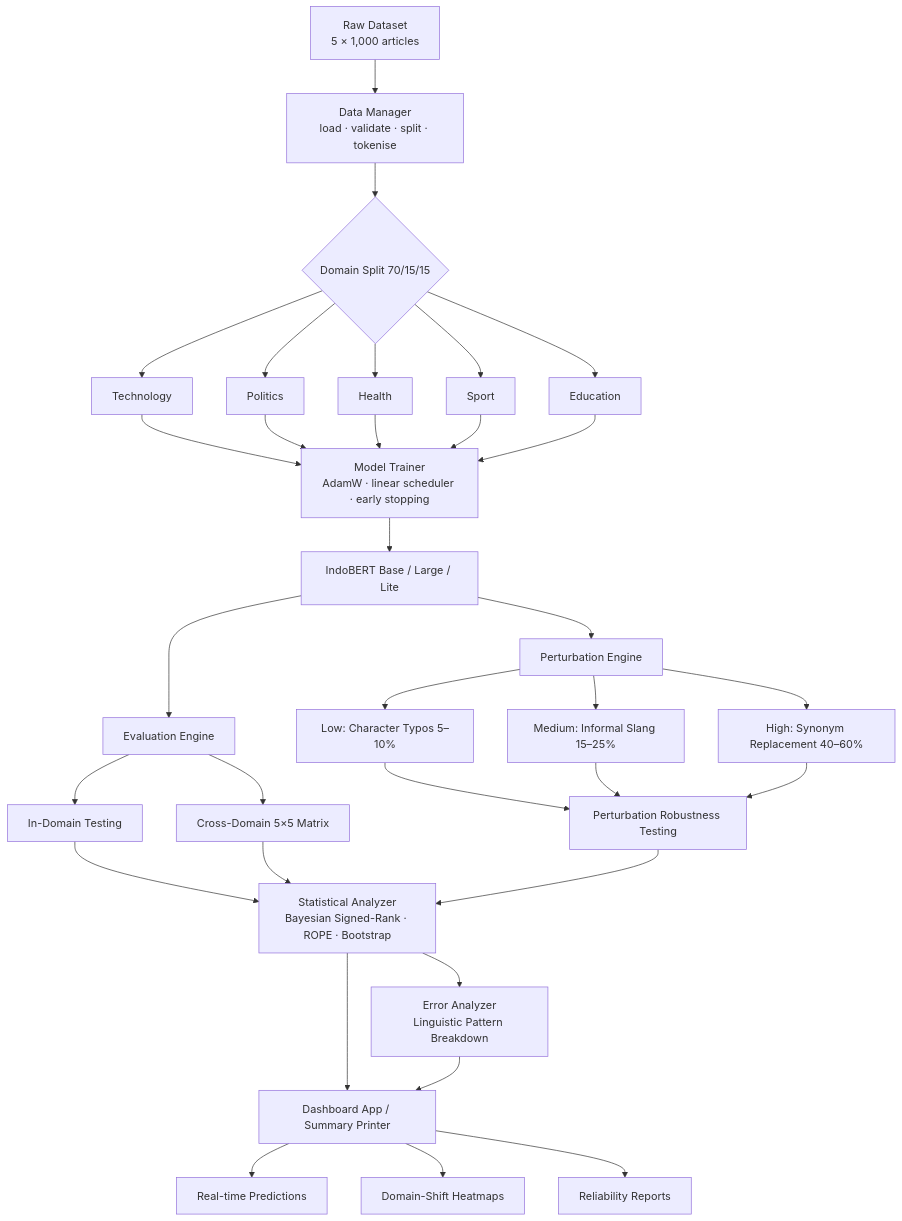
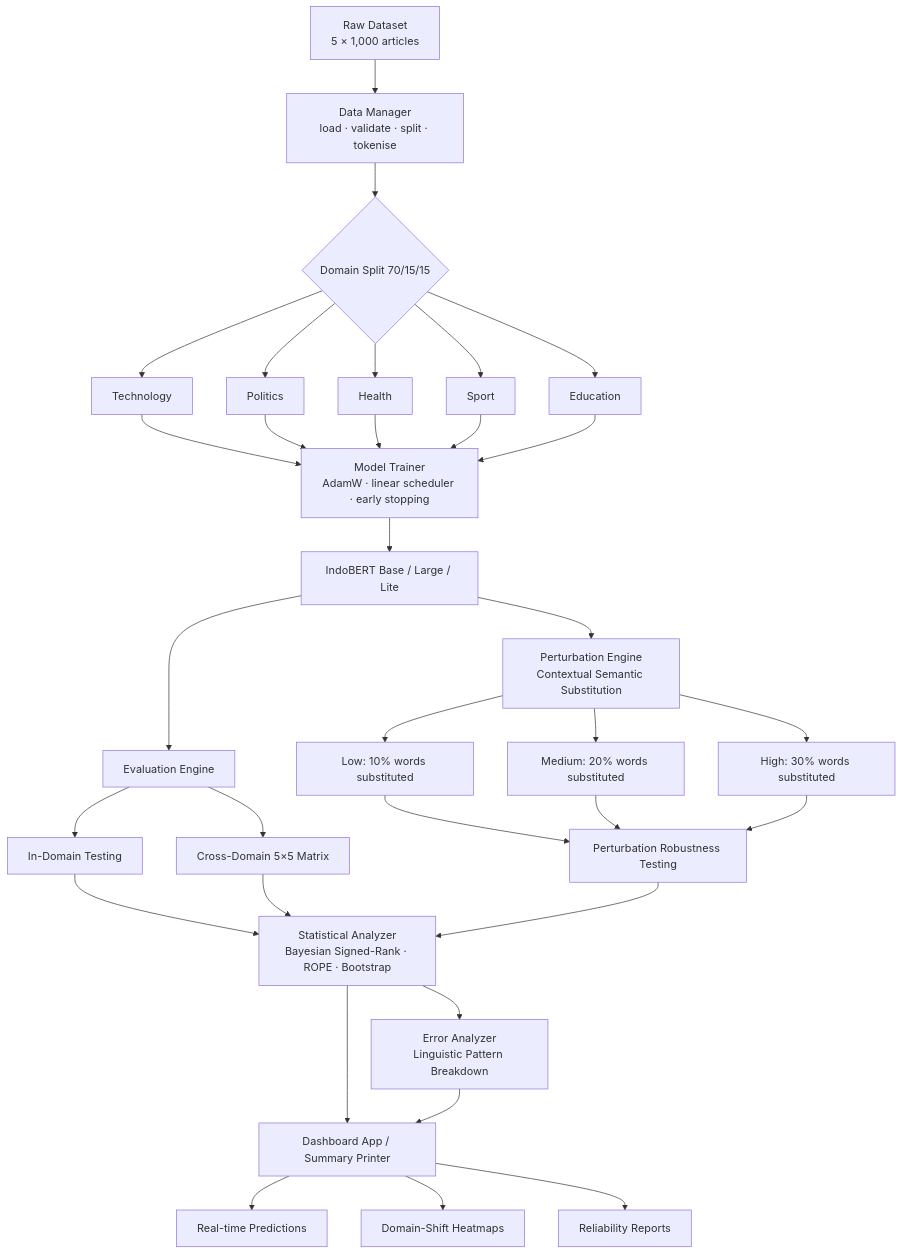
The diagram in README.md (gredss/domain-shift-trustworthy-ai), drawn with Mermaid before and after one commit. The commit also changed other lines of this file and 9 other files, not shown here.

````diff
--- a/README.md
+++ b/README.md
@@ -53,32 +54,32 @@
 ```mermaid
 graph TD
     A[Raw Dataset<br/>5 × 1,000 articles] --> B[Data Manager<br/>load · validate · split · tokenise]
     B --> C{Domain Split 70/15/15}
     C --> D[Technology]
     C --> E[Politics]
     C --> F[Health]
     C --> G[Sport]
     C --> H[Education]
 
     D & E & F & G & H --> I[Model Trainer<br/>AdamW · linear scheduler · early stopping]
     I --> J[IndoBERT Base / Large / Lite]
 
     J --> K[Evaluation Engine]
     K --> L[In-Domain Testing]
     K --> M[Cross-Domain 5×5 Matrix]
 
-    J --> N[Perturbation Engine]
-    N --> O[Low: Character Typos 5–10%]
-    N --> P[Medium: Informal Slang 15–25%]
-    N --> Q[High: Synonym Replacement 40–60%]
+    J --> N[Perturbation Engine<br/>Contextual Semantic Substitution]
+    N --> O[Low: 10% words substituted]
+    N --> P[Medium: 20% words substituted]
+    N --> Q[High: 30% words substituted]
 
     O & P & Q --> R[Perturbation Robustness Testing]
 
     L & M & R --> S[Statistical Analyzer<br/>Bayesian Signed-Rank · ROPE · Bootstrap]
     S --> T[Error Analyzer<br/>Linguistic Pattern Breakdown]
 
     S & T --> U[Dashboard App / Summary Printer]
     U --> V[Real-time Predictions]
     U --> W[Domain-Shift Heatmaps]
     U --> X[Reliability Reports]
 ```
````
